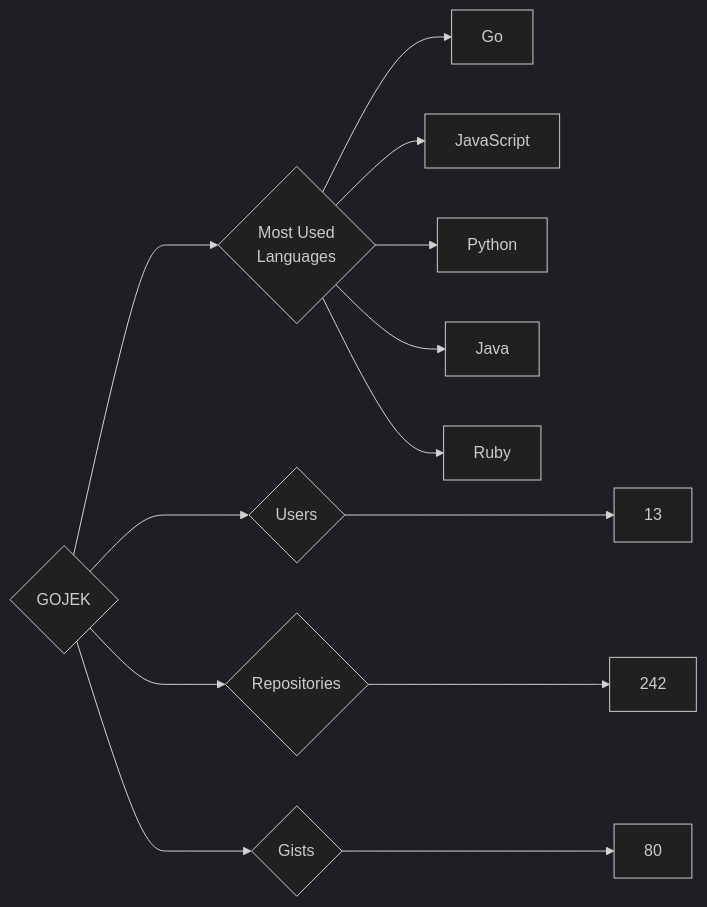
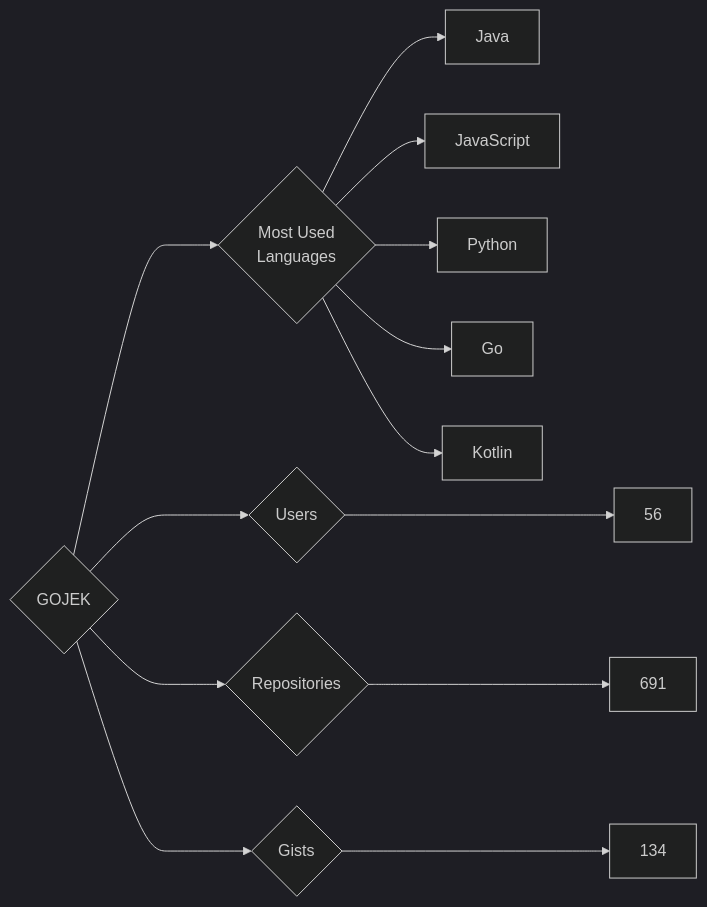
One commit to trickest/insiders changed the diagram in targets/GOJEK/README.md. Above: the diagram before and after it, drawn with Mermaid (dark theme). The commit also changed 681 other files, not shown here.

````diff
--- a/targets/GOJEK/README.md
+++ b/targets/GOJEK/README.md
@@ -3,13 +3,13 @@
 ```mermaid
 graph LR
 COMPANY_NAME{GOJEK}
-COMPANY_NAME ---> U{Users} ---> UN[13]
-COMPANY_NAME ---> R{Repositories} ---> RN[242]
-COMPANY_NAME ---> G{Gists} ---> GN[80]
+COMPANY_NAME ---> U{Users} ---> UN[56]
+COMPANY_NAME ---> R{Repositories} ---> RN[691]
+COMPANY_NAME ---> G{Gists} ---> GN[134]
 COMPANY_NAME ---> ML{Most Used<br>Languages}
-ML --> Go[Go]
+ML --> Java[Java]
 ML --> JavaScript[JavaScript]
 ML --> Python[Python]
-ML --> Java[Java]
-ML --> Ruby[Ruby]
+ML --> Go[Go]
+ML --> Kotlin[Kotlin]
 ```
````
